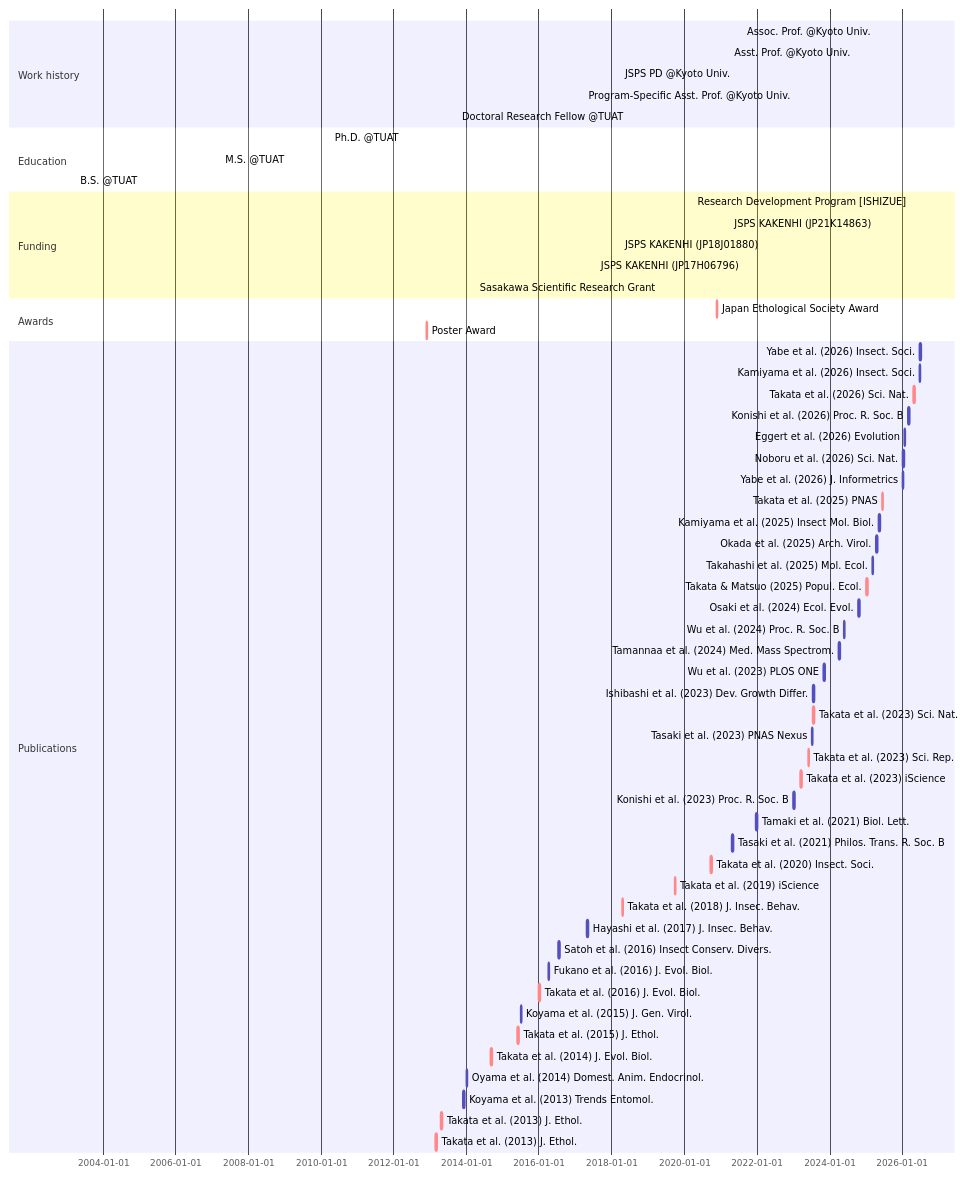
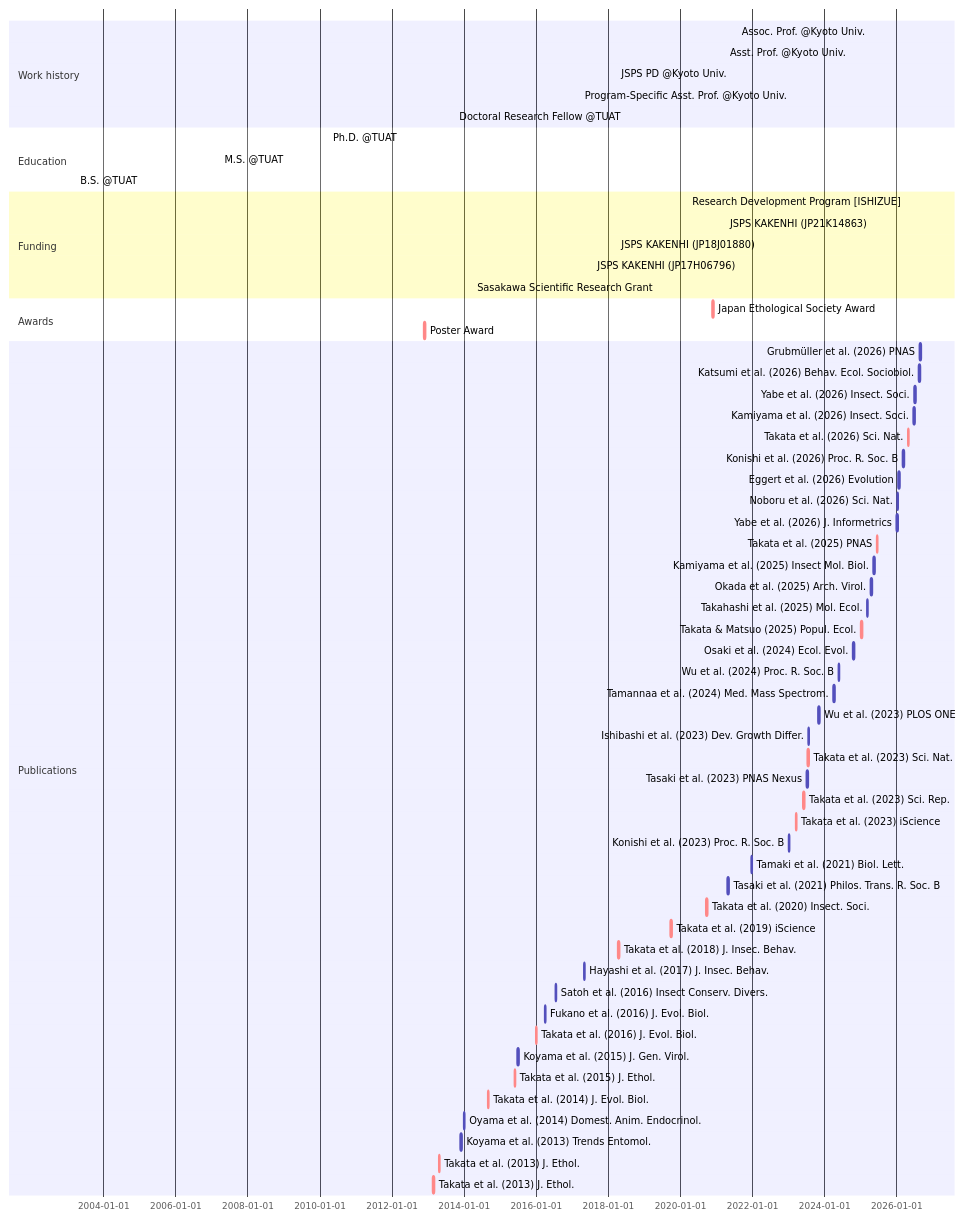
One commit to MamoruTakata/MamoruTakata.github.io changed the diagram in _includes/mermaid-cv.md. Above: the diagram before and after it, drawn with Mermaid.

````diff
--- a/_includes/mermaid-cv.md
+++ b/_includes/mermaid-cv.md
@@ -1,65 +1,67 @@
 ```mermaid
 gantt
 section Work history
   Assoc. Prof. @Kyoto Univ.                     : active, Assoc. Prof., 2025-04-01, 2030-03-31
   Asst. Prof. @Kyoto Univ.                      : active, Asst. Prof., 2021-04-01, 2025-03-31
   JSPS PD @Kyoto Univ.                          : active, PD, 2018-04-01, 2021-03-31
   Program-Specific Asst. Prof. @Kyoto Univ.     : active, Program-Specific Asst. Prof., 2017-04-01, 2018-03-31
   Doctoral Research Fellow @TUAT                : active, Program-Specific Asst. Prof., 2013-10-01, 2017-03-31
 
 section Education
   Ph.D. @TUAT    : Ph.D., 2010-04-01, 2013-09-18
   M.S. @TUAT     : M.S., 2007-04-01, 2010-03-31
   B.S. @TUAT     : B.S., 2003-04-01, 2007-03-31
 
 section Funding
   Research Development Program [ISHIZUE]        : active, grant_Ishizue, 2026-04-01, 2027-03-31
   JSPS KAKENHI (JP21K14863)                     : active, grant_young, 2021-04-01, 2026-03-31
   JSPS KAKENHI (JP18J01880)                     : active, grant_PD, 2018-04-01, 2021-03-31
   JSPS KAKENHI (JP17H06796)                     : active, grant_start, 2017-08-01, 2018-03-31
   Sasakawa Scientific Research Grant            : active, grant_Sasagawa, 2014-04-01, 2015-03-31
 
 section Awards
   Japan Ethological Society Award               : crit, aw_2, 2020-11-21, 2w
   Poster Award                                  : crit, aw_1, 2012-11-24, 2w
 
 section Publications
+  Grubmüller et al. (2026) PNAS                 :       Grubmüller et al. 2026, 2026-08-26, 2w
+  Katsumi et al. (2026) Behav. Ecol. Sociobiol. :       Katsumi et al. 2026, 2026-08-15, 2w
   Yabe et al. (2026) Insect. Soci.              :       Yabe et al. 2026, 2026-06-29, 2w
   Kamiyama et al. (2026) Insect. Soci.          :       Kamiyama et al. 2026, 2026-06-23, 2w
   Takata et al. (2026) Sci. Nat.                : crit, Takata et al. 2026, 2026-04-24, 2w
   Konishi et al. (2026) Proc. R. Soc. B         :       Konishi et al. 2026, 2026-03-04, 2w
   Eggert et al. (2026) Evolution                :       Eggert et al. 2026, 2026-1-20, 2w
   Noboru et al. (2026) Sci. Nat.                :       Noboru et al. 2026, 2026-1-8, 2w
   Yabe et al. (2026) J. Informetrics            :       Yabe et al. 2026, 2026-1-3, 2w
   Takata et al. (2025) PNAS                     : crit, Takata et al. 2025, 2025-06-13, 2w
   Kamiyama et al. (2025) Insect Mol. Biol.      :       Kamiyama et al. 2025, 2025-05-11, 2w
   Okada et al. (2025) Arch. Virol.              :       Okada et al. 2025, 2025-04-16, 2w
   Takahashi et al. (2025) Mol. Ecol.            :       Takahashi et al. 2025, 2025-03-04, 2w
   Takata & Matsuo (2025) Popul. Ecol.           : crit, Takata & Matsuo 2025, 2025-01-07, 2w
   Osaki et al. (2024) Ecol. Evol.               :       Osaki et al. 2024, 2024-10-17, 2w
   Wu et al. (2024) Proc. R. Soc. B              :       Wu et al. 2024, 2024-05-22, 2w
   Tamannaa et al. (2024) Med. Mass Spectrom.    :       Tamannaa et al. 2024, 2024-04-01, 2w
   Wu et al. (2023) PLOS ONE                     :       Wu et al. 2023, 2023-11-02, 2w
   Ishibashi et al. (2023) Dev. Growth Differ.   :       Ishibashi et al. 2023, 2023-07-18, 2w
   Takata et al. (2023) Sci. Nat.                : crit, Takata et al. 2023c, 2023-07-17, 2w
   Tasaki et al. (2023) PNAS Nexus               :       Tasaki et al. 2023, 2023-07-04, 2w
   Takata et al. (2023) Sci. Rep.                : crit, Takata et al. 2023b, 2023-05-31, 2w
   Takata et al. (2023) iScience                 : crit, Takata et al. 2023a, 2023-03-17, 2w
   Konishi et al. (2023) Proc. R. Soc. B         :       Konishi et al. 2023, 2023-01-04, 2w
   Tamaki et al. (2021) Biol. Lett.              :       Tamaki et al. 2021, 2021-12-22, 2w
   Tasaki et al. (2021) Philos. Trans. R. Soc. B :       Tasaki et al. 2021, 2021-04-26, 2w
   Takata et al. (2020) Insect. Soci.            : crit, Takata et al. 2020, 2020-09-22, 2w
   Takata et al. (2019) iScience                 : crit, Takata et al. 2019, 2019-09-27, 2w
   Takata et al. (2018) J. Insec. Behav.         : crit, Takata et al. 2018, 2018-04-14, 2w
   Hayashi et al. (2017) J. Insec. Behav.        :       Hayashi et al. 2017, 2017-04-29, 2w
   Satoh et al. (2016) Insect Conserv. Divers.   :       Satoh et al. 2016, 2016-07-16, 2w
   Fukano et al. (2016) J. Evol. Biol.           :       Fukano et al. 2016, 2016-04-01, 2w
   Takata et al. (2016) J. Evol. Biol.           : crit, Takata et al. 2016, 2016-01-01, 2w
   Koyama et al. (2015) J. Gen. Virol.           :       Koyama et al. 2015, 2015-07-01, 2w
   Takata et al. (2015) J. Ethol.                : crit, Takata et al. 2015, 2015-05-28, 2w
   Takata et al. (2014) J. Evol. Biol.           : crit, Takata et al. 2014, 2014-09-01, 2w
   Oyama et al. (2014) Domest. Anim. Endocrinol. :       Oyama et al. 2014, 2014-01-01, 2w
   Koyama et al. (2013) Trends Entomol.          :       Koyama et al. 2013, 2013-12-01, 2w
   Takata et al. (2013) J. Ethol.                : crit, Takata et al. 2015b, 2013-04-21, 2w
   Takata et al. (2013) J. Ethol.                : crit, Takata et al. 2015a, 2013-02-23, 2w
 ```
````
